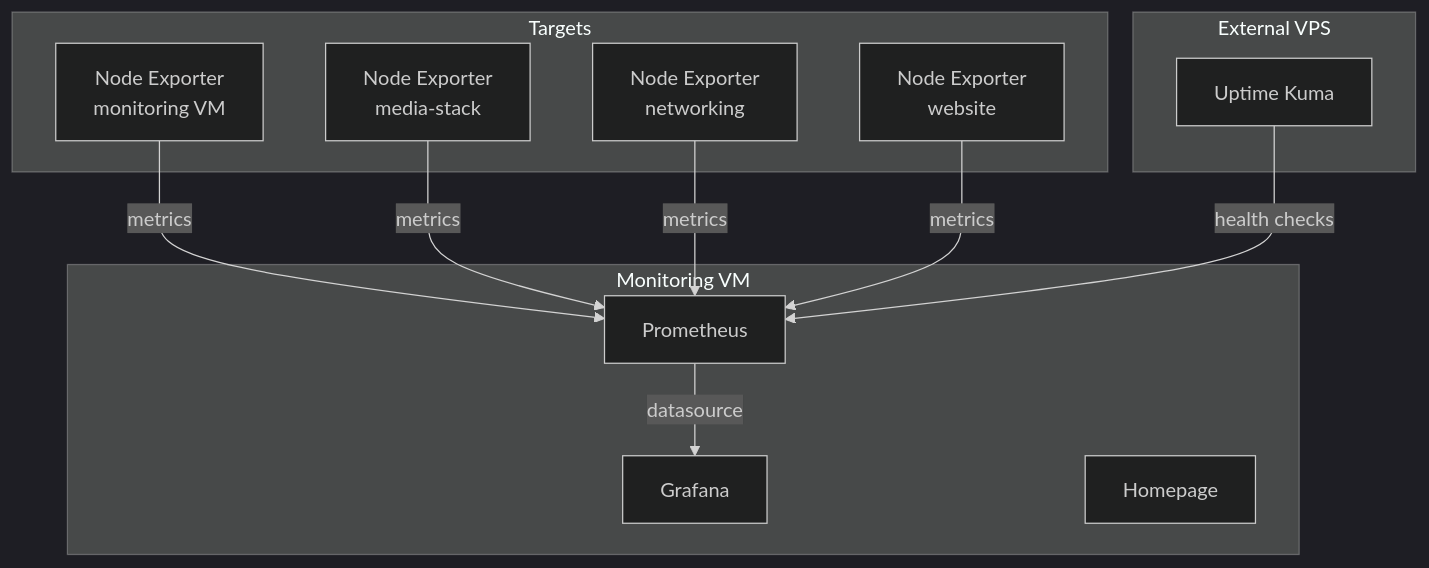
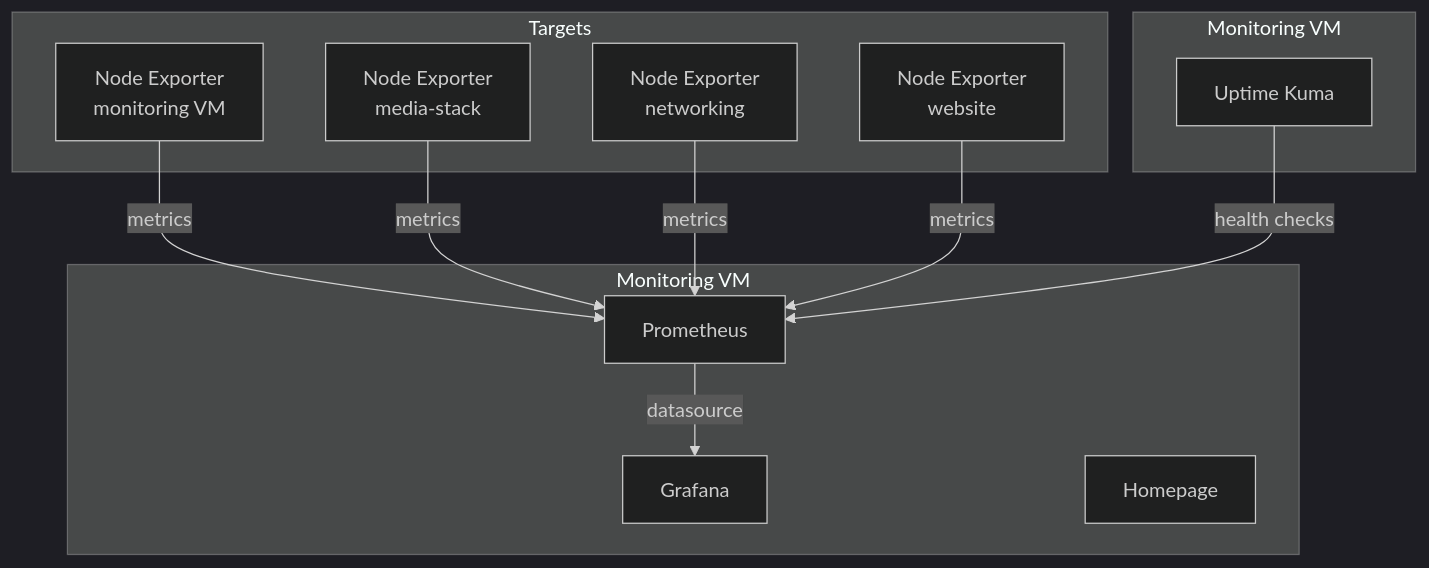
Before and after one commit to sfcal/homelab: the diagram in docs/infrastructure/monitoring/index.md, drawn with Mermaid (dark theme). The commit also changed other lines of this file and 31 other files, not shown here.

````diff
--- a/docs/infrastructure/monitoring/index.md
+++ b/docs/infrastructure/monitoring/index.md
@@ -10,23 +10,23 @@
 ```mermaid
 graph TD
     subgraph Monitoring VM
         Prometheus[Prometheus]
         Grafana[Grafana]
         Homepage[Homepage]
     end
 
     subgraph Targets
         NE1[Node Exporter\nmonitoring VM]
         NE2[Node Exporter\nmedia-stack]
         NE3[Node Exporter\nnetworking]
         NE4[Node Exporter\nwebsite]
     end
 
-    subgraph External VPS
+    subgraph Monitoring VM
         UptimeKuma[Uptime Kuma]
     end
 
     NE1 & NE2 & NE3 & NE4 -->|metrics| Prometheus
     Prometheus -->|datasource| Grafana
     UptimeKuma -->|health checks| Prometheus
 ```
````
